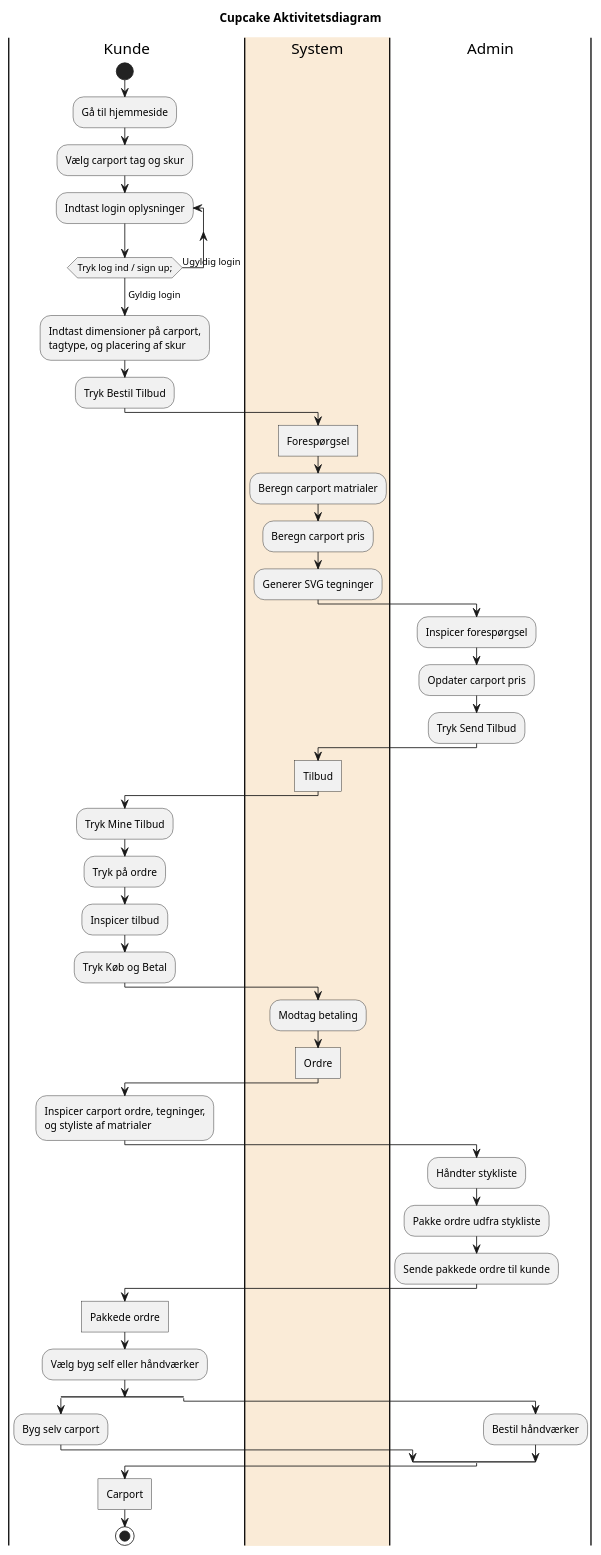
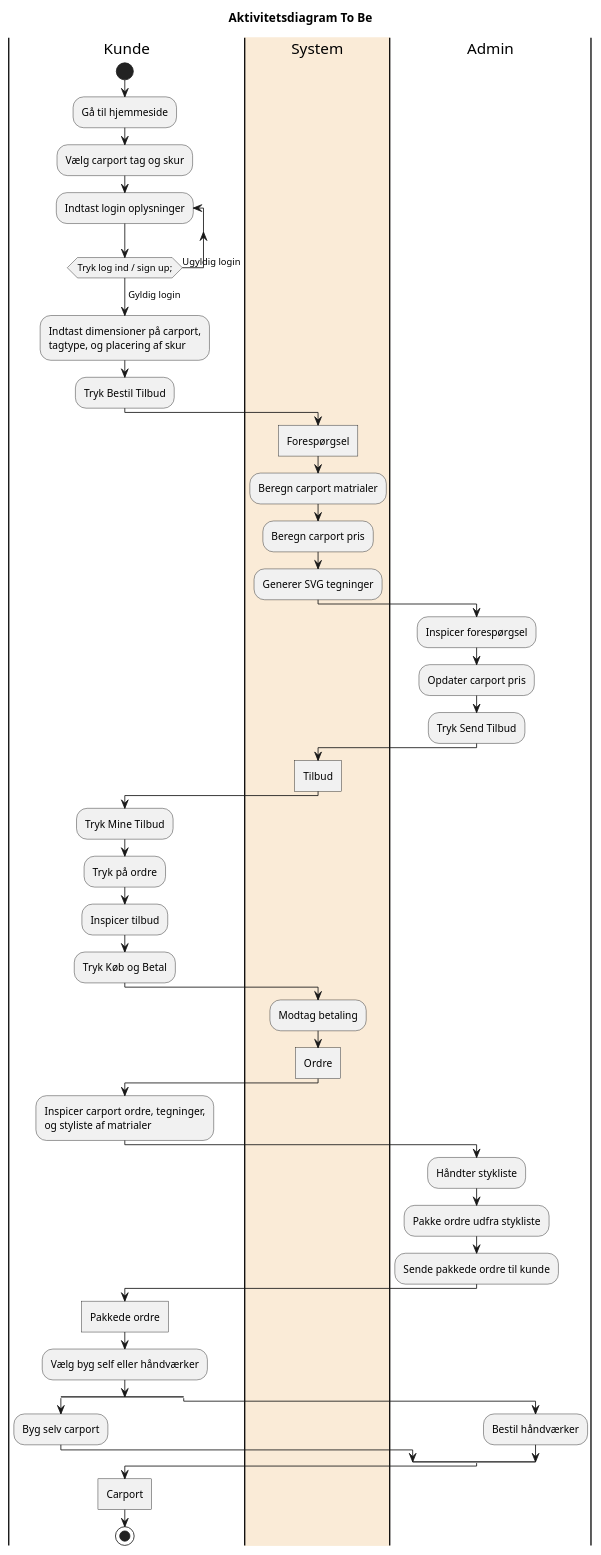
One commit to LaDane/FogCarport changed the diagram in plantuml/AktivitetsDiagramToBe.puml. Above: the diagram before and after it, drawn with PlantUML. The commit also changed 8 other files, not shown here.

Commit message:
aktivitets diagram

```diff
--- a/plantuml/AktivitetsDiagramToBe.puml
+++ b/plantuml/AktivitetsDiagramToBe.puml
@@ -1,55 +1,55 @@
 @startuml
-Title Cupcake Aktivitetsdiagram
+Title Aktivitetsdiagram To Be
 |Kunde|
     start
     :Gå til hjemmeside;
     :Vælg carport tag og skur;
 |Kunde|
     repeat :Indtast login oplysninger;
     repeat while (Tryk log ind / sign up;) is (Ugyldig login)
     ->Gyldig login;
 |Kunde|
     :Indtast dimensioner på carport,
     tagtype, og placering af skur;
     :Tryk Bestil Tilbud;
 |#AntiqueWhite|System|
     :Forespørgsel]
     :Beregn carport matrialer;
     :Beregn carport pris;
     :Generer SVG tegninger;
 |Admin|
     :Inspicer forespørgsel;
     :Opdater carport pris;
     :Tryk Send Tilbud;
 |System|
     :Tilbud]
 |Kunde|
     :Tryk Mine Tilbud;
     :Tryk på ordre;
     :Inspicer tilbud;
     :Tryk Køb og Betal;
 |System|
     :Modtag betaling;
     :Ordre]
 |Kunde|
     :Inspicer carport ordre, tegninger,
     og styliste af matrialer;
 |Admin|
     :Håndter stykliste;
 |Admin|
     :Pakke ordre udfra stykliste;
     :Sende pakkede ordre til kunde;
 |Kunde|
     :Pakkede ordre]
     :Vælg byg self eller håndværker;
     split
 |Kunde|
     :Byg selv carport;
 |Admin|
     split again
     :Bestil håndværker;
 |Kunde|
     split end
     :Carport]
 stop
 @enduml
```
